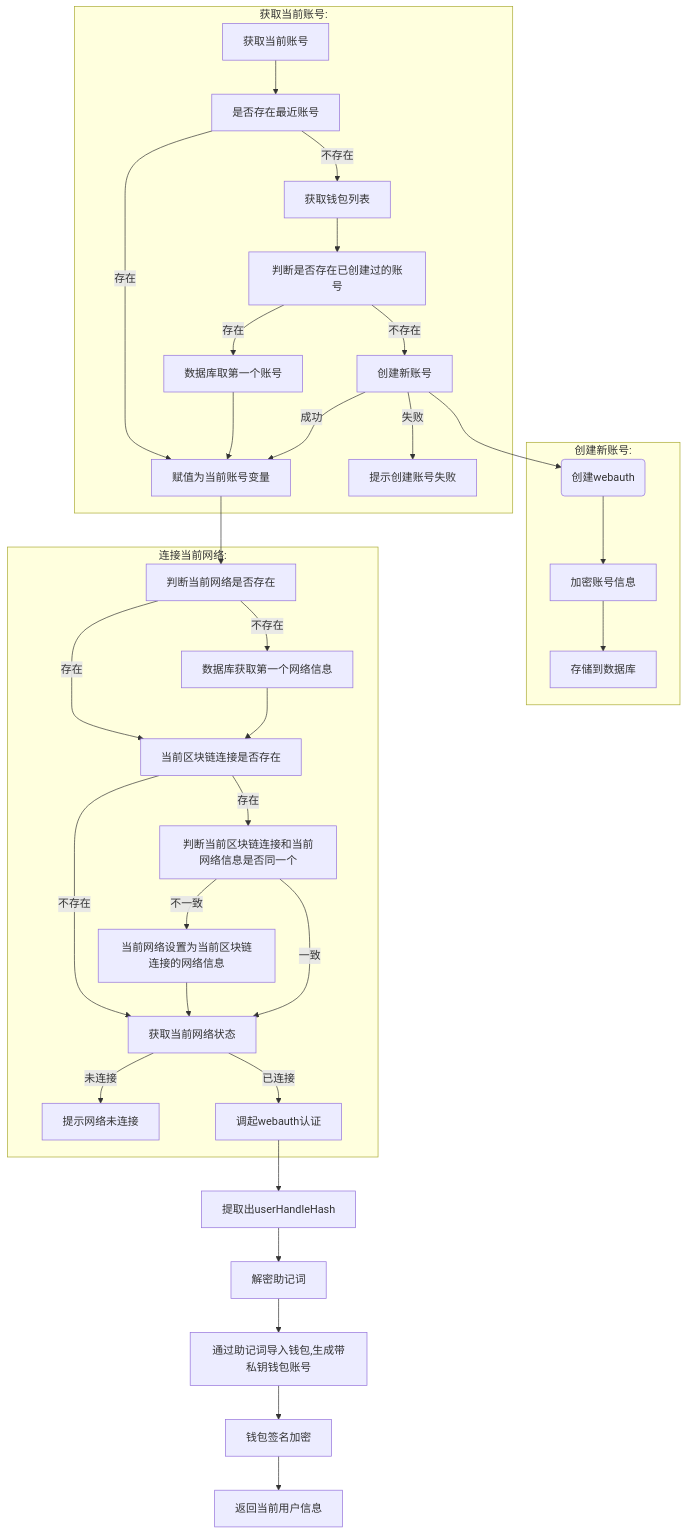
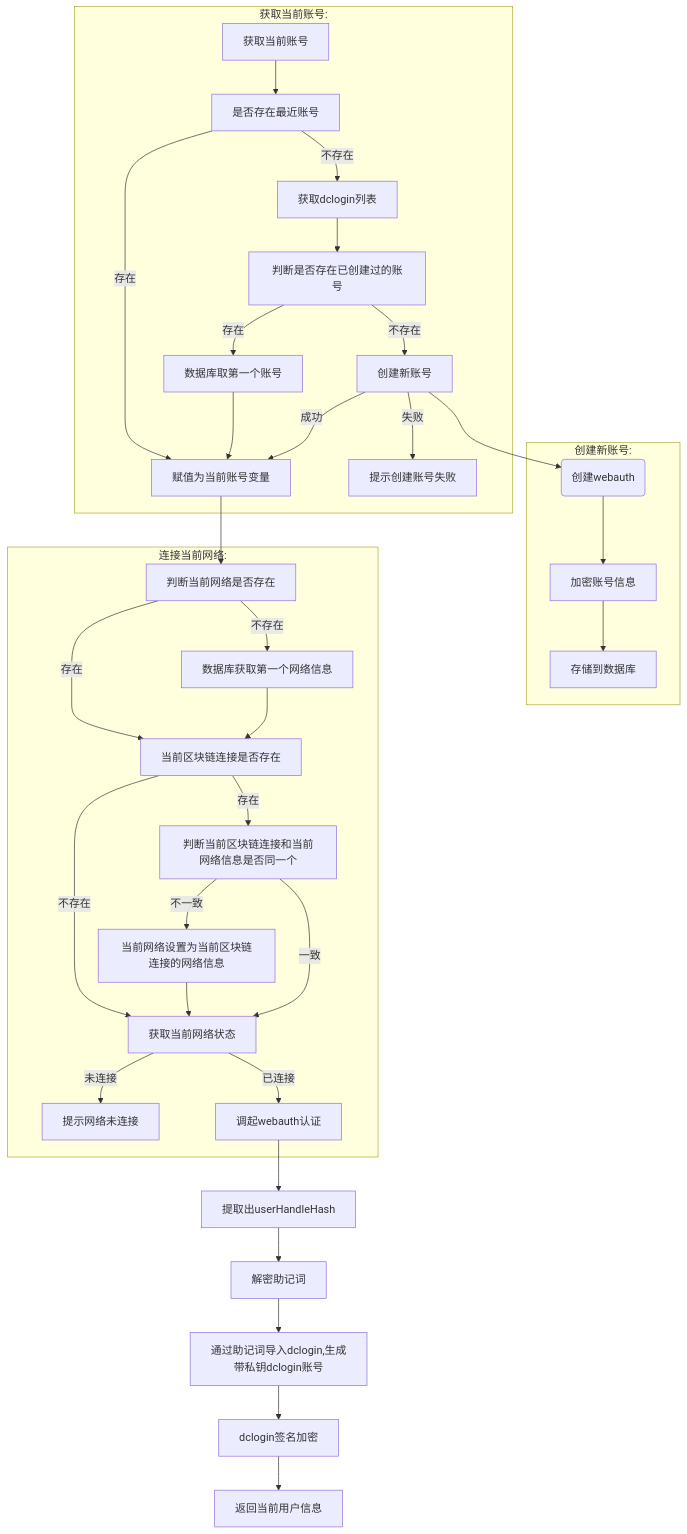
One commit to dcnetio/dclogin changed the second of 4 diagrams in wallet.md. Above: the diagram before and after it, drawn with Mermaid. The commit also changed other lines of this file and 10 other files, not shown here.

````diff
--- a/wallet.md
+++ b/wallet.md
@@ -26,31 +28,31 @@
 ```mermaid
 graph TD
 subgraph 获取当前账号:
 获取当前账号 --> 是否存在最近账号
 是否存在最近账号 -- 存在 --> 赋值为当前账号变量
-是否存在最近账号 -- 不存在 --> 获取钱包列表 --> 判断是否存在已创建过的账号
+是否存在最近账号 -- 不存在 --> 获取dclogin列表 --> 判断是否存在已创建过的账号
 判断是否存在已创建过的账号 -- 存在 --> 数据库取第一个账号 --> 赋值为当前账号变量
 判断是否存在已创建过的账号 -- 不存在 --> 创建新账号
 创建新账号 -- 成功 --> 赋值为当前账号变量
 创建新账号 -- 失败 --> 提示创建账号失败
 end
 
 subgraph 创建新账号:
 创建新账号 --> 注册新的Passkey(创建webauth) --> 加密账号信息 --> 存储到数据库
 end
 
 subgraph 连接当前网络:
 赋值为当前账号变量 --> 判断当前网络是否存在
 判断当前网络是否存在 -- 存在 --> 当前区块链连接是否存在
 判断当前网络是否存在 -- 不存在 --> 数据库获取第一个网络信息 --> 当前区块链连接是否存在
 当前区块链连接是否存在 -- 不存在 --> 获取当前网络状态
 当前区块链连接是否存在 -- 存在 --> 判断当前区块链连接和当前网络信息是否同一个
 判断当前区块链连接和当前网络信息是否同一个 -- 不一致 --> 当前网络设置为当前区块链连接的网络信息 --> 获取当前网络状态
 判断当前区块链连接和当前网络信息是否同一个 -- 一致 --> 获取当前网络状态
 获取当前网络状态 -- 未连接 --> 提示网络未连接
 获取当前网络状态 -- 已连接 --> 调起webauth认证
 end
 
 
-调起webauth认证 --> 提取出userHandleHash --> 解密助记词 --> 通过助记词导入钱包,生成带私钥钱包账号 --> 钱包签名加密 --> 返回当前用户信息
+调起webauth认证 --> 提取出userHandleHash --> 解密助记词 --> 通过助记词导入dclogin,生成带私钥dclogin账号 --> dclogin签名加密 --> 返回当前用户信息
 ```
````
